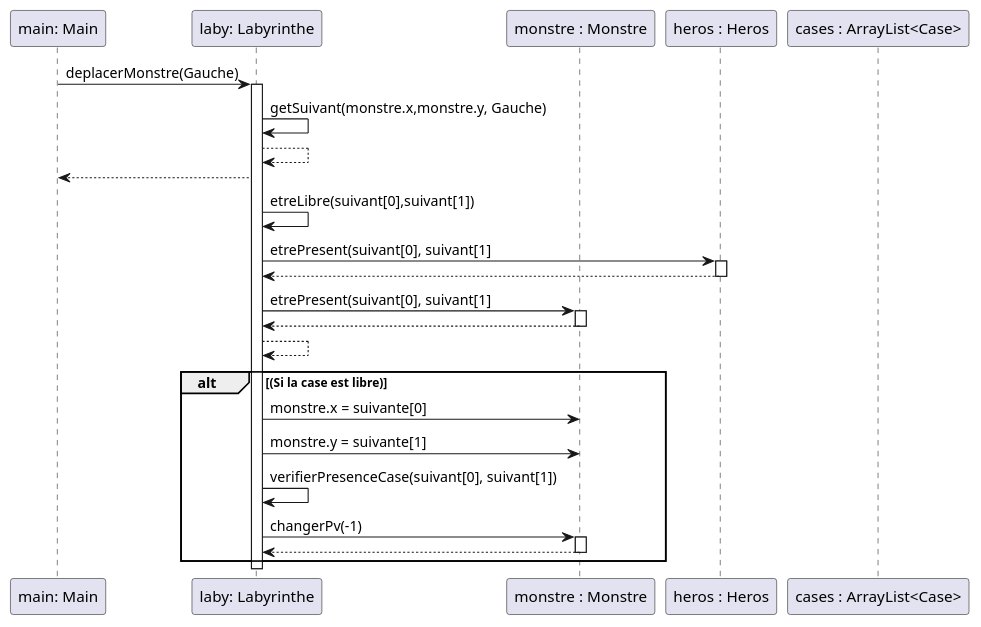
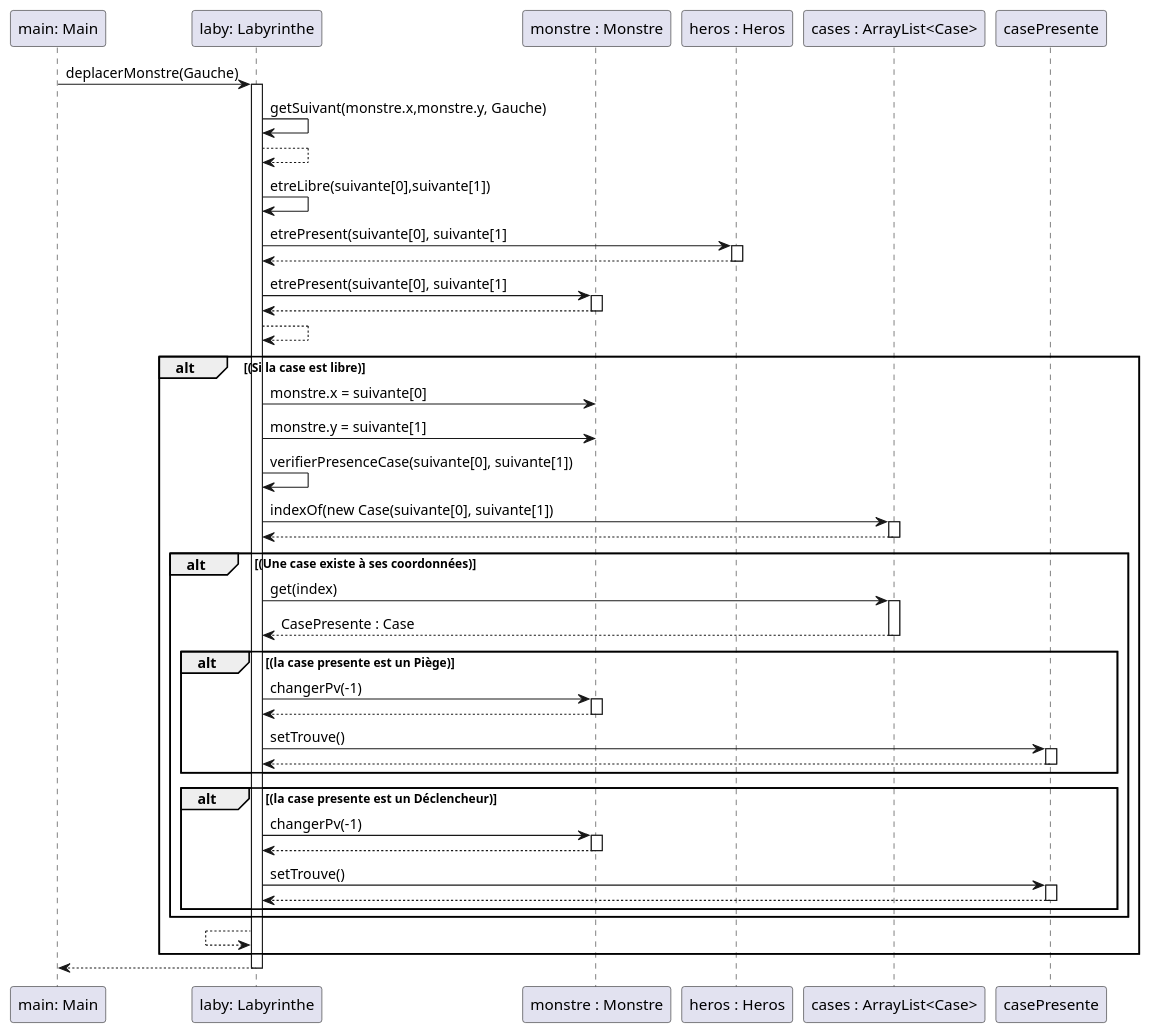
One commit to Stephane-Lpt/SAE_2.01_Zeldiablo changed the diagram in documents/version_3/diagSeq_marcherSurCasePiegeesDeclencheurs.puml. Above: the diagram before and after it, drawn with PlantUML.

Commit message:
Version finale du diagramme de séquence marcherSurCasesPiegeesDeclencheurs

```diff
--- a/documents/version_3/diagSeq_marcherSurCasePiegeesDeclencheurs.puml
+++ b/documents/version_3/diagSeq_marcherSurCasePiegeesDeclencheurs.puml
@@ -1,36 +1,62 @@
 @startuml
 participant "main: Main" as main
 participant "laby: Labyrinthe" as laby
 participant "monstre : Monstre" as monstre
 participant "heros : Heros" as heros
-participant "cases : ArrayList<Case>" as case
+participant "cases : ArrayList<Case>" as cases
 
 main -> laby : deplacerMonstre(Gauche)
 
 activate laby
     laby -> laby : getSuivant(monstre.x,monstre.y, Gauche)
     laby --> laby
-    main <-- laby
-    laby -> laby : etreLibre(suivant[0],suivant[1])
-    laby -> heros : etrePresent(suivant[0], suivant[1]
+    laby -> laby : etreLibre(suivante[0],suivante[1])
+    laby -> heros : etrePresent(suivante[0], suivante[1]
     activate heros
         laby <-- heros
     deactivate heros
-    laby -> monstre : etrePresent(suivant[0], suivant[1]
+    laby -> monstre : etrePresent(suivante[0], suivante[1]
     activate monstre
         laby <-- monstre
     deactivate monstre
     laby --> laby
     alt (Si la case est libre)
             laby -> monstre: monstre.x = suivante[0]
             laby -> monstre: monstre.y = suivante[1]
-            laby -> laby : verifierPresenceCase(suivant[0], suivant[1])
-            laby -> monstre : changerPv(-1)
-            activate monstre
-                laby <-- monstre
-            deactivate monstre
-
+            laby -> laby : verifierPresenceCase(suivante[0], suivante[1])
+            laby -> cases : indexOf(new Case(suivante[0], suivante[1])
+            activate cases
+                laby <-- cases
+            deactivate cases
+            alt (Une case existe à ses coordonnées)
+                laby -> cases : get(index)
+                activate cases
+                    laby <-- cases : CasePresente : Case
+                deactivate cases
+                alt (la case presente est un Piège)
+                    laby -> monstre : changerPv(-1)
+                    activate monstre
+                        laby <-- monstre
+                    deactivate monstre
+                    laby -> casePresente : setTrouve()
+                    activate casePresente
+                        laby <-- casePresente
+                    deactivate casePresente
+                end
+                alt (la case presente est un Déclencheur)
+                    laby -> monstre : changerPv(-1)
+                    activate monstre
+                        laby <-- monstre
+                    deactivate monstre
+                    laby -> casePresente : setTrouve()
+                    activate casePresente
+                        laby <-- casePresente
+                    deactivate casePresente
+                end
+            end
+            laby <-- laby
     end
+    main <-- laby
 deactivate laby
 
 @enduml
```
